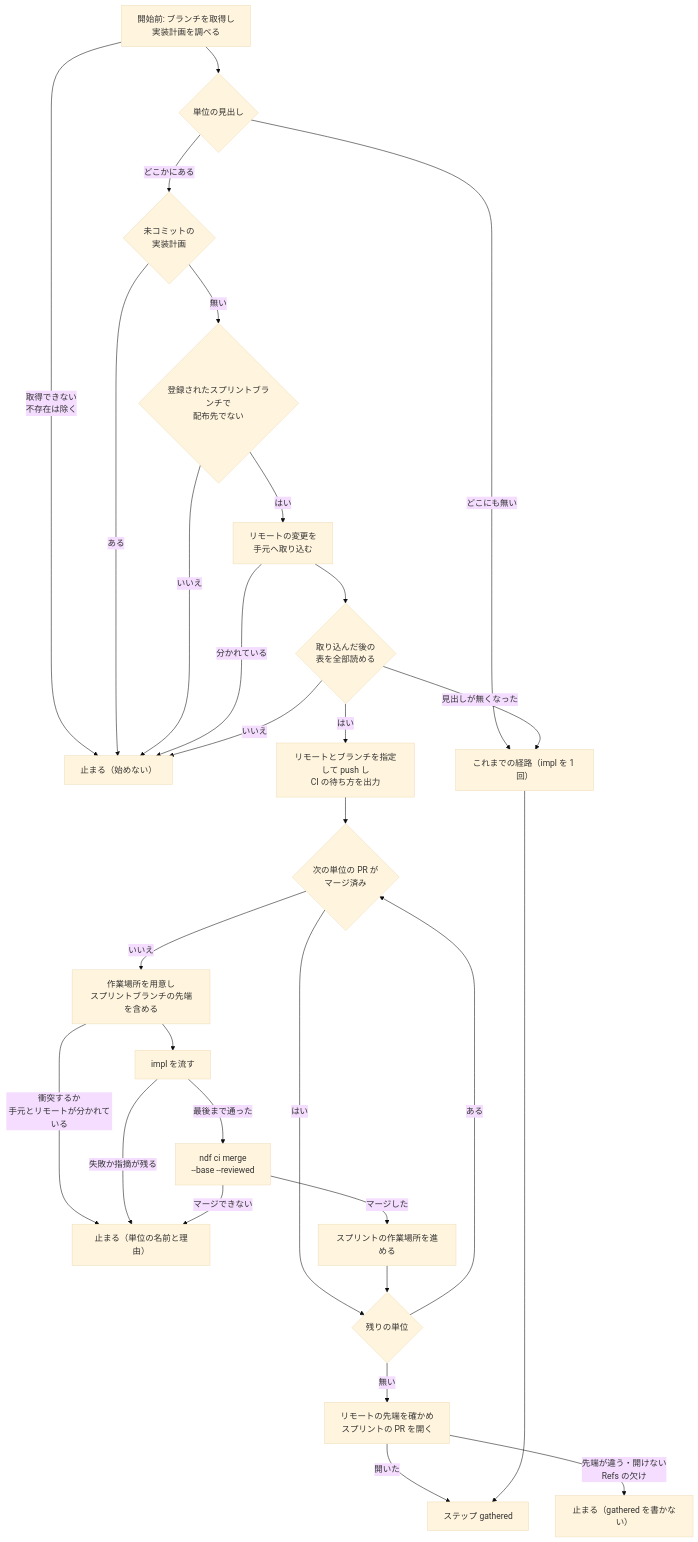
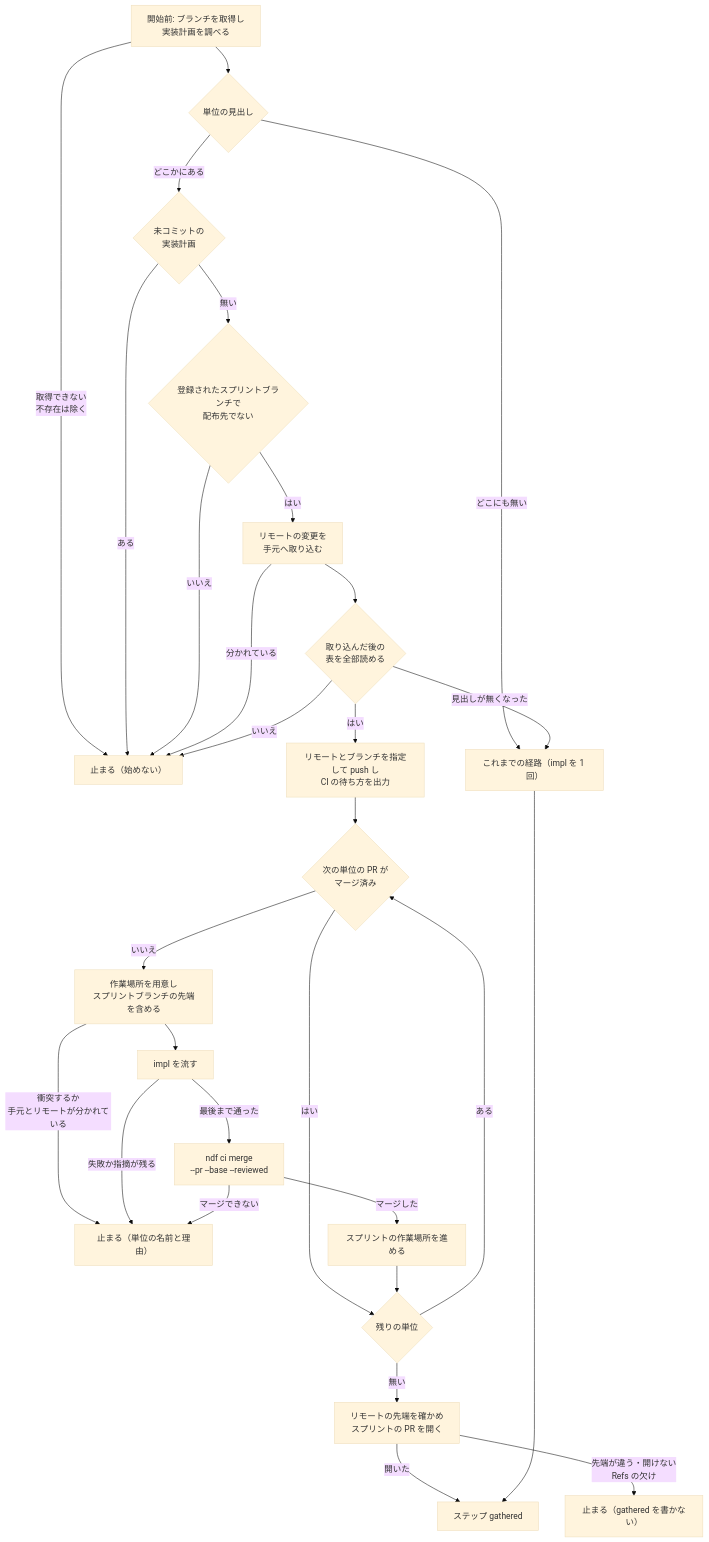
Before and after one commit to devbasex/ai-plugins: the fifth of 5 diagrams in issues/issue-4369-design.md, drawn with Mermaid (base theme). The commit also changed other lines of this file and 1 other file, not shown here.

````diff
--- a/issues/issue-4369-design.md
+++ b/issues/issue-4369-design.md
@@ -249,31 +258,31 @@
 ```mermaid
 flowchart TB
   A["開始前: ブランチを取得し<br/>実装計画を調べる"] --> B{"単位の見出し"}
   A -->|取得できない<br/>不存在は除く| E
   B -->|どこにも無い| C["これまでの経路（impl を 1 回）"]
   B -->|どこかにある| Q{"未コミットの<br/>実装計画"}
   Q -->|ある| E
   Q -->|無い| D{"登録されたスプリントブランチで<br/>配布先でない"}
   D -->|いいえ| E["止まる（始めない）"]
   D -->|はい| F["リモートの変更を<br/>手元へ取り込む"]
   F -->|分かれている| E
   F --> R{"取り込んだ後の<br/>表を全部読める"}
   R -->|見出しが無くなった| C
   R -->|いいえ| E
   R -->|はい| S["リモートとブランチを指定して push し<br/>CI の待ち方を出力"]
   S --> H{"次の単位の PR が<br/>マージ済み"}
   H -->|はい| N{"残りの単位"}
   H -->|いいえ| W["作業場所を用意し<br/>スプリントブランチの先端を含める"]
   W -->|衝突するか<br/>手元とリモートが分かれている| X
   W --> P["impl を流す"]
   P -->|失敗か指摘が残る| X["止まる（単位の名前と理由）"]
-  P -->|最後まで通った| M["ndf ci merge<br/>--base --reviewed"]
+  P -->|最後まで通った| M["ndf ci merge<br/>--pr --base --reviewed"]
   M -->|マージできない| X
   M -->|マージした| V["スプリントの作業場所を進める"]
   V --> N
   N -->|ある| H
   N -->|無い| Z["リモートの先端を確かめ<br/>スプリントの PR を開く"]
   Z -->|先端が違う・開けない<br/>Refs の欠け| Y["止まる（gathered を書かない）"]
   Z -->|開いた| G["ステップ gathered"]
   C --> G
 ```
````
